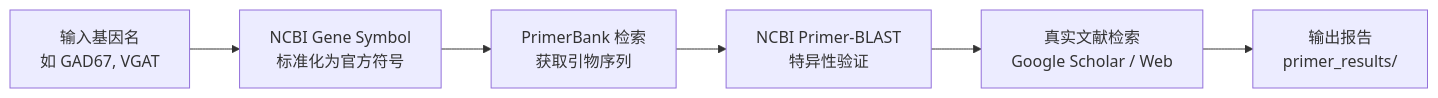
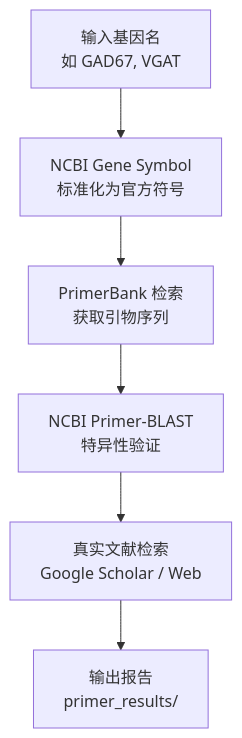
Before and after one commit to A-Ben-Mao/easy-qPCR-primer: the diagram in README.md, drawn with Mermaid. The commit also changed 1 other file, not shown here.

Commit message:
docs: vertical mermaid flowchart + English pipeline section

````diff
--- a/README.md
+++ b/README.md
@@ -19,8 +19,8 @@
 ```mermaid
-flowchart LR
+flowchart TD
     A[输入基因名<br>如 GAD67, VGAT] --> B[NCBI Gene Symbol<br>标准化为官方符号]
     B --> C[PrimerBank 检索<br>获取引物序列]
     C --> D[NCBI Primer-BLAST<br>特异性验证]
     D --> E[真实文献检索<br>Google Scholar / Web]
     E --> F[输出报告<br>primer_results/]
 ```
````
